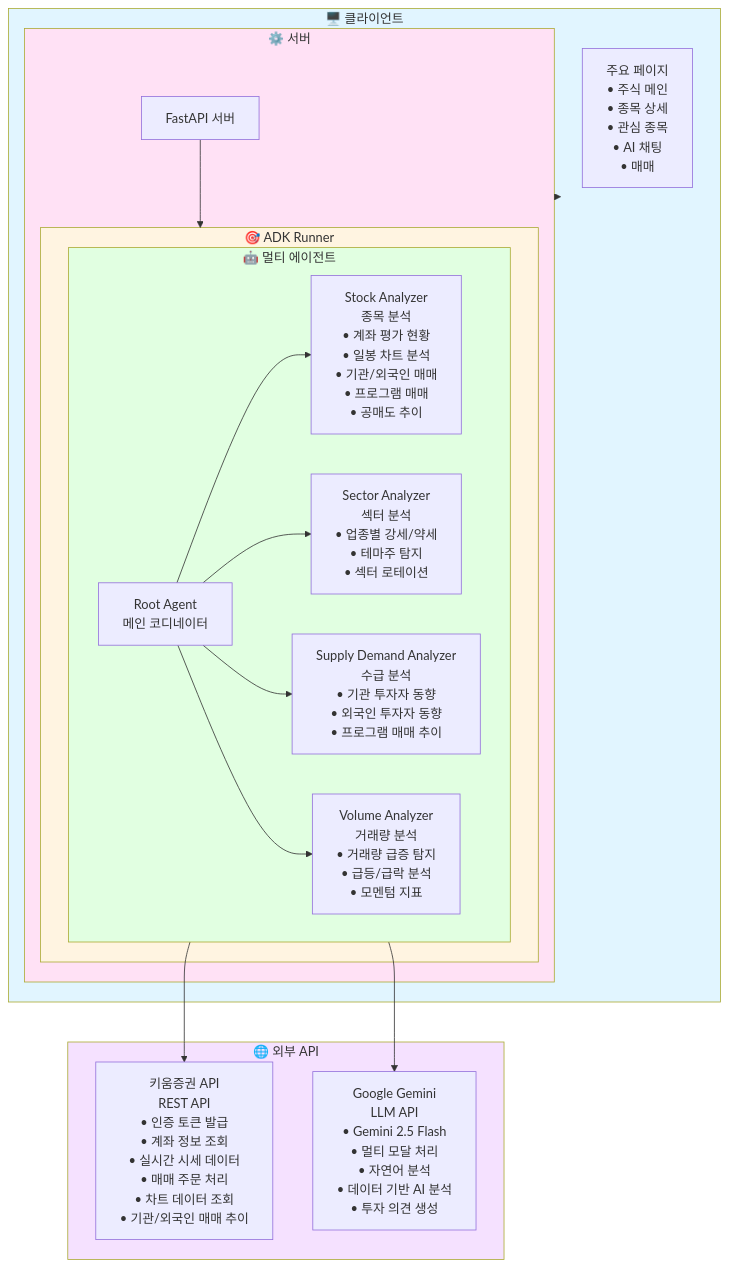
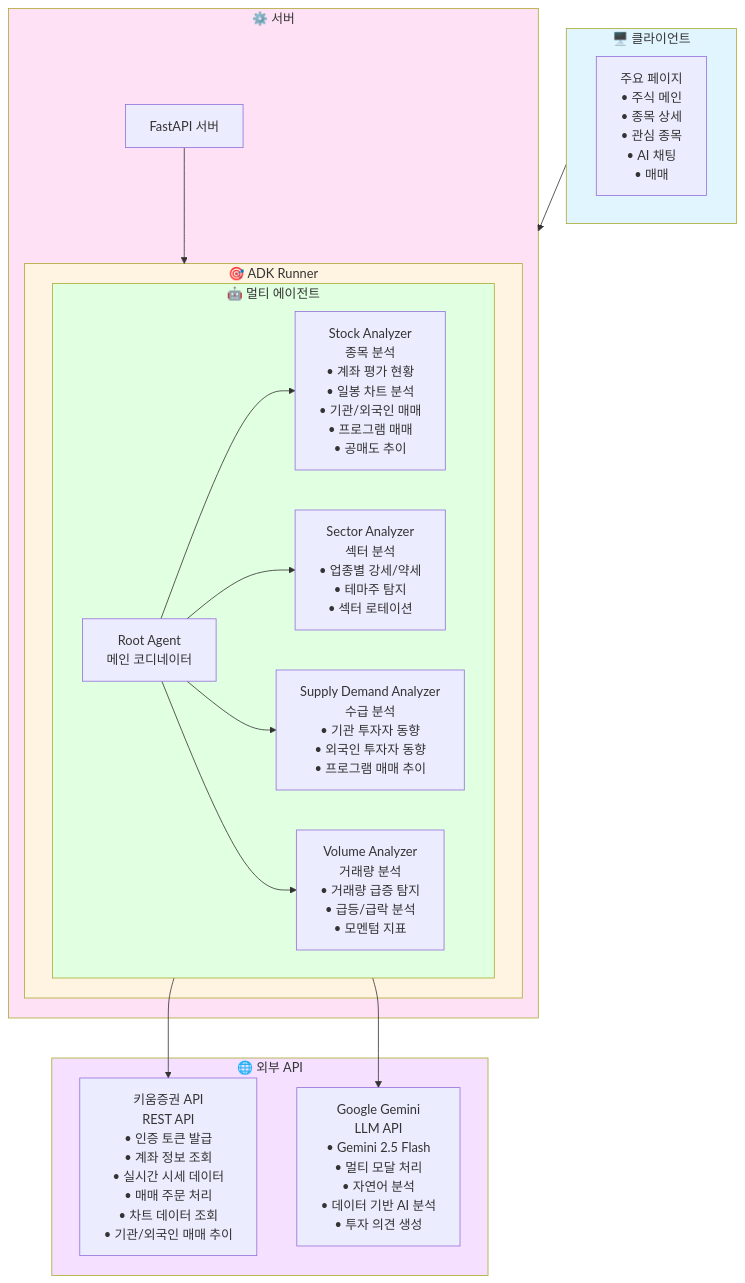
The first of 3 diagrams in README.md (miachoidev/mango-stock-monorepo), drawn with Mermaid before and after one commit.

Commit message:
readme 아키 수정

````diff
--- a/README.md
+++ b/README.md
@@ -150,42 +150,42 @@
 ```mermaid
 graph TB
     subgraph Client["🖥️ 클라이언트"]
         Pages["주요 페이지<br/>• 주식 메인<br/>• 종목 상세<br/>• 관심 종목<br/>• AI 채팅<br/>• 매매"]
+    end
+
+    subgraph Server["⚙️ 서버"]
+        FastAPI["FastAPI 서버"]
         
-        subgraph Server["⚙️ 서버"]
-            FastAPI["FastAPI 서버"]
-            
-            subgraph ADK["🎯 ADK Runner"]
-                subgraph Agents["🤖 멀티 에이전트"]
-                    Root["Root Agent<br/>메인 코디네이터"]
-                    Stock["Stock Analyzer<br/>종목 분석<br/>• 계좌 평가 현황<br/>• 일봉 차트 분석<br/>• 기관/외국인 매매<br/>• 프로그램 매매<br/>• 공매도 추이"]
-                    Sector["Sector Analyzer<br/>섹터 분석<br/>• 업종별 강세/약세<br/>• 테마주 탐지<br/>• 섹터 로테이션"]
-                    Supply["Supply Demand Analyzer<br/>수급 분석<br/>• 기관 투자자 동향<br/>• 외국인 투자자 동향<br/>• 프로그램 매매 추이"]
-                    Volume["Volume Analyzer<br/>거래량 분석<br/>• 거래량 급증 탐지<br/>• 급등/급락 분석<br/>• 모멘텀 지표"]
-                    
-                    Root --> Stock
-                    Root --> Sector
-                    Root --> Supply
-                    Root --> Volume
-                end
+        subgraph ADK["🎯 ADK Runner"]
+            subgraph Agents["🤖 멀티 에이전트"]
+                Root["Root Agent<br/>메인 코디네이터"]
+                Stock["Stock Analyzer<br/>종목 분석<br/>• 계좌 평가 현황<br/>• 일봉 차트 분석<br/>• 기관/외국인 매매<br/>• 프로그램 매매<br/>• 공매도 추이"]
+                Sector["Sector Analyzer<br/>섹터 분석<br/>• 업종별 강세/약세<br/>• 테마주 탐지<br/>• 섹터 로테이션"]
+                Supply["Supply Demand Analyzer<br/>수급 분석<br/>• 기관 투자자 동향<br/>• 외국인 투자자 동향<br/>• 프로그램 매매 추이"]
+                Volume["Volume Analyzer<br/>거래량 분석<br/>• 거래량 급증 탐지<br/>• 급등/급락 분석<br/>• 모멘텀 지표"]
+                
+                Root --> Stock
+                Root --> Sector
+                Root --> Supply
+                Root --> Volume
             end
-            
-            FastAPI --> ADK
         end
+        
+        FastAPI --> ADK
     end
 
     subgraph External["🌐 외부 API"]
         Kiwoom["키움증권 API<br/>REST API<br/>• 인증 토큰 발급<br/>• 계좌 정보 조회<br/>• 실시간 시세 데이터<br/>• 매매 주문 처리<br/>• 차트 데이터 조회<br/>• 기관/외국인 매매 추이"]
         Gemini["Google Gemini<br/>LLM API<br/>• Gemini 2.5 Flash<br/>• 멀티 모달 처리<br/>• 자연어 분석<br/>• 데이터 기반 AI 분석<br/>• 투자 의견 생성"]
     end
 
     Client --> Server
     Agents --> Kiwoom
     Agents --> Gemini
 
     style Client fill:#e1f5ff
     style Server fill:#ffe1f5
     style ADK fill:#fff4e1
     style Agents fill:#e1ffe1
     style External fill:#f5e1ff
 ```
````
